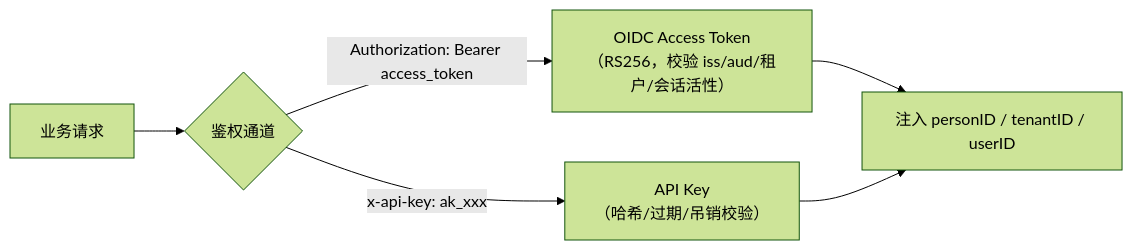
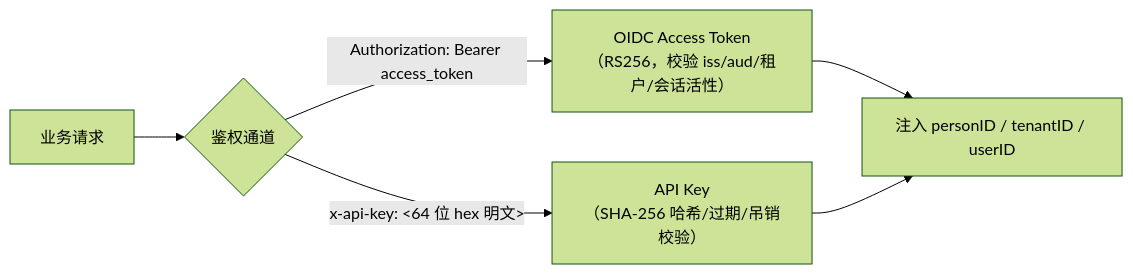
Before and after one commit to morehao/ark-iam: the diagram in docs/design/api-reference.md, drawn with Mermaid (forest theme). The commit also changed other lines of this file and 100 other files, not shown here.

````diff
--- a/docs/design/api-reference.md
+++ b/docs/design/api-reference.md
@@ -62,8 +65,8 @@
 ```mermaid
 flowchart LR
     REQ["业务请求"] --> AUTH{"鉴权通道"}
     AUTH -->|"Authorization: Bearer access_token"| OIDC["OIDC Access Token<br/>（RS256，校验 iss/aud/租户/会话活性）"]
-    AUTH -->|"x-api-key: ak_xxx"| AK["API Key<br/>（哈希/过期/吊销校验）"]
+    AUTH -->|"x-api-key: <64 位 hex 明文>"| AK["API Key<br/>（SHA-256 哈希/过期/吊销校验）"]
     OIDC --> PASS["注入 personID / tenantID / userID"]
     AK --> PASS
 ```
````
